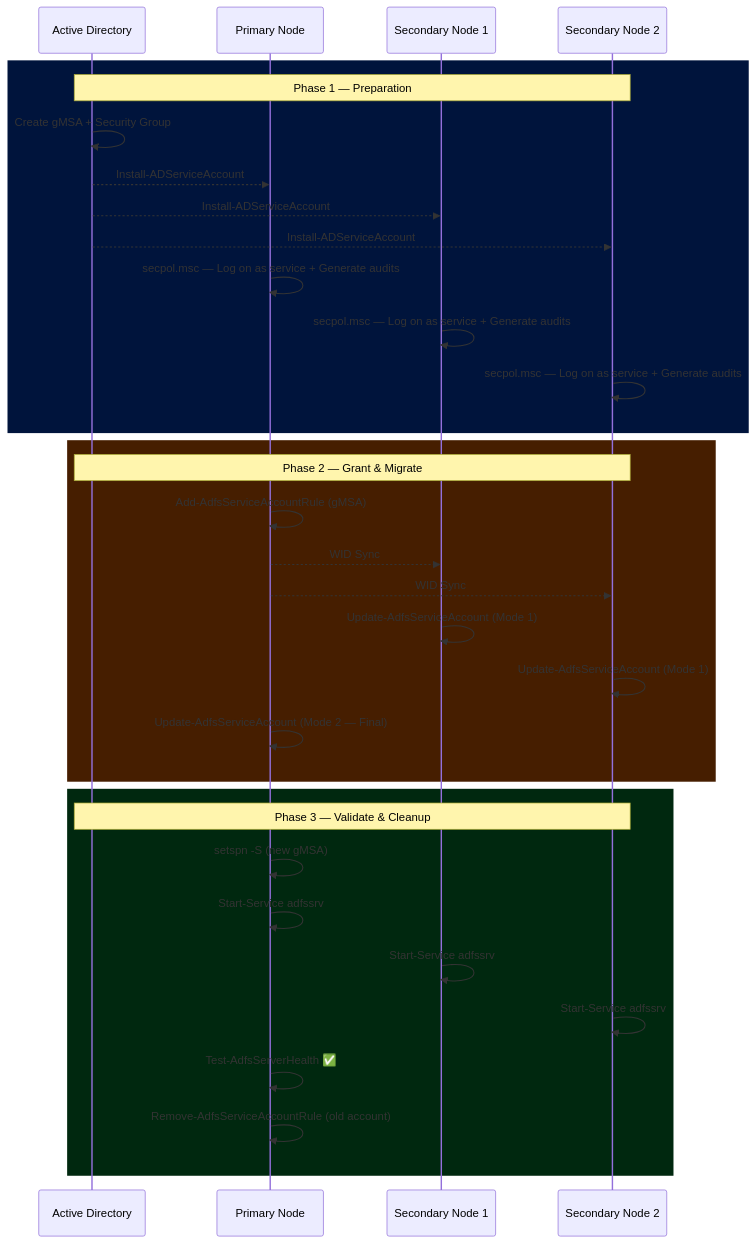
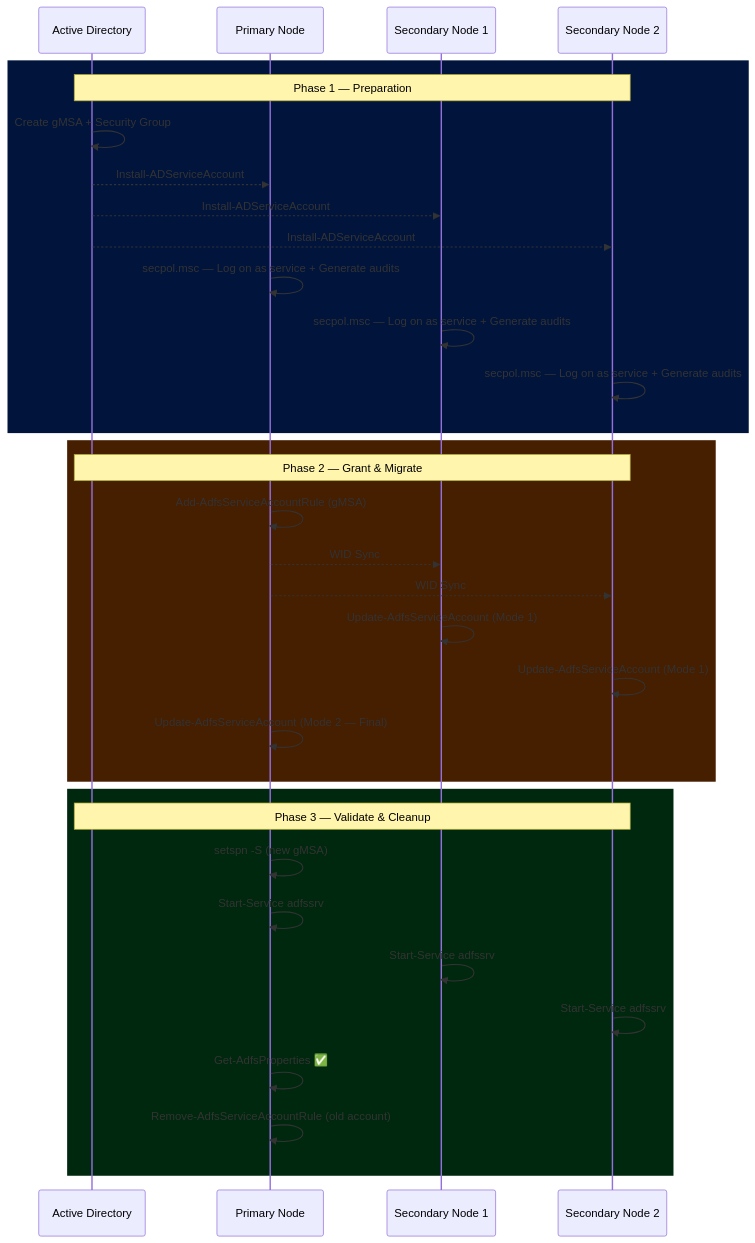
Before and after one commit to 0xMati/Tech-Blog: the second of 3 diagrams in ADFS/Common/ADFS Migrate Service Account to gMSA.md, drawn with Mermaid. The commit also changed other lines of this file, not shown here.

````diff
--- a/ADFS/Common/ADFS Migrate Service Account to gMSA.md
+++ b/ADFS/Common/ADFS Migrate Service Account to gMSA.md
@@ -227,38 +227,38 @@
 ```mermaid
 sequenceDiagram
     participant AD as Active Directory
     participant P as Primary Node
     participant S1 as Secondary Node 1
     participant S2 as Secondary Node 2
 
     rect rgb(0, 20, 60)
     Note over AD,S2: Phase 1 — Preparation
     AD->>AD: Create gMSA + Security Group
     AD-->>P: Install-ADServiceAccount
     AD-->>S1: Install-ADServiceAccount
     AD-->>S2: Install-ADServiceAccount
     P->>P: secpol.msc — Log on as service + Generate audits
     S1->>S1: secpol.msc — Log on as service + Generate audits
     S2->>S2: secpol.msc — Log on as service + Generate audits
     end
 
     rect rgb(70, 30, 0)
     Note over AD,S2: Phase 2 — Grant & Migrate
     P->>P: Add-AdfsServiceAccountRule (gMSA)
     P-->>S1: WID Sync
     P-->>S2: WID Sync
     S1->>S1: Update-AdfsServiceAccount (Mode 1)
     S2->>S2: Update-AdfsServiceAccount (Mode 1)
     P->>P: Update-AdfsServiceAccount (Mode 2 — Final)
     end
 
     rect rgb(0, 40, 15)
     Note over AD,S2: Phase 3 — Validate & Cleanup
     P->>P: setspn -S (new gMSA)
     P->>P: Start-Service adfssrv
     S1->>S1: Start-Service adfssrv
     S2->>S2: Start-Service adfssrv
-    P->>P: Test-AdfsServerHealth ✅
+    P->>P: Get-AdfsProperties ✅
     P->>P: Remove-AdfsServiceAccountRule (old account)
     end
 ```
````
